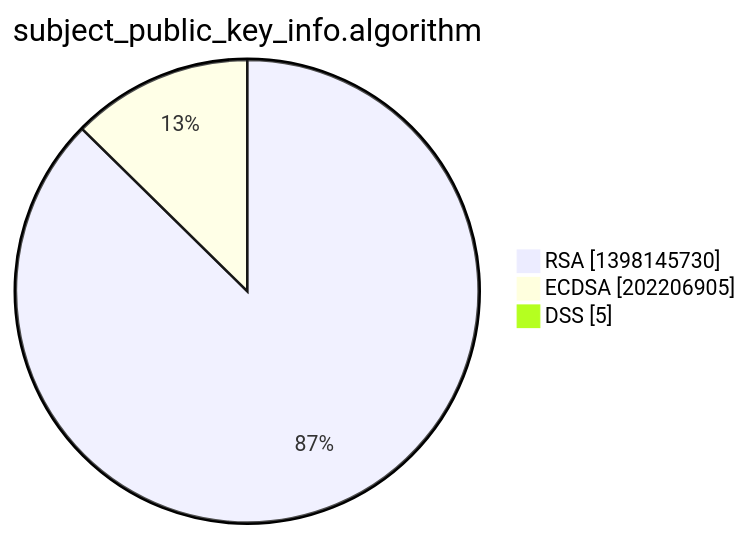
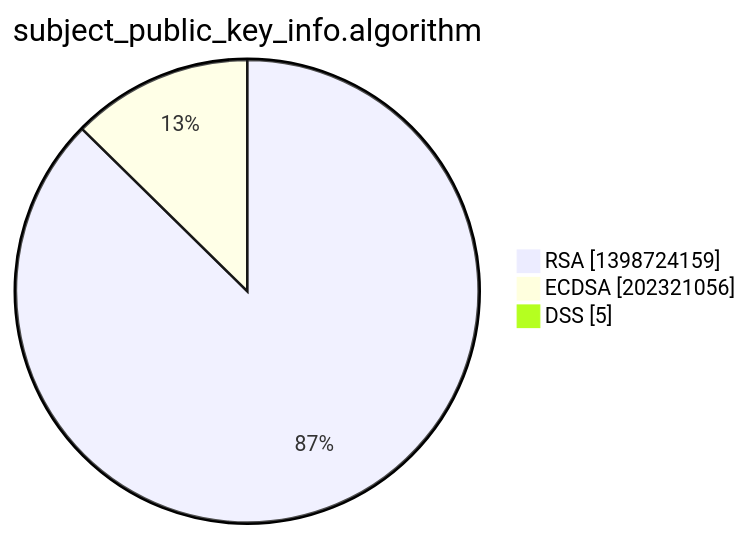
Before and after one commit to christiankrug/ctmonitor_visualization: the third of 15 diagrams in xenon2022/README.md, drawn with Mermaid. The commit also changed other lines of this file, not shown here.

````diff
--- a/xenon2022/README.md
+++ b/xenon2022/README.md
@@ -14,7 +14,7 @@
 ```mermaid
 pie showData
 title subject_public_key_info.algorithm
-"RSA" :1398145730
-"ECDSA" :202206905
+"RSA" :1398724159
+"ECDSA" :202321056
 "DSS" :5
 ```
````
